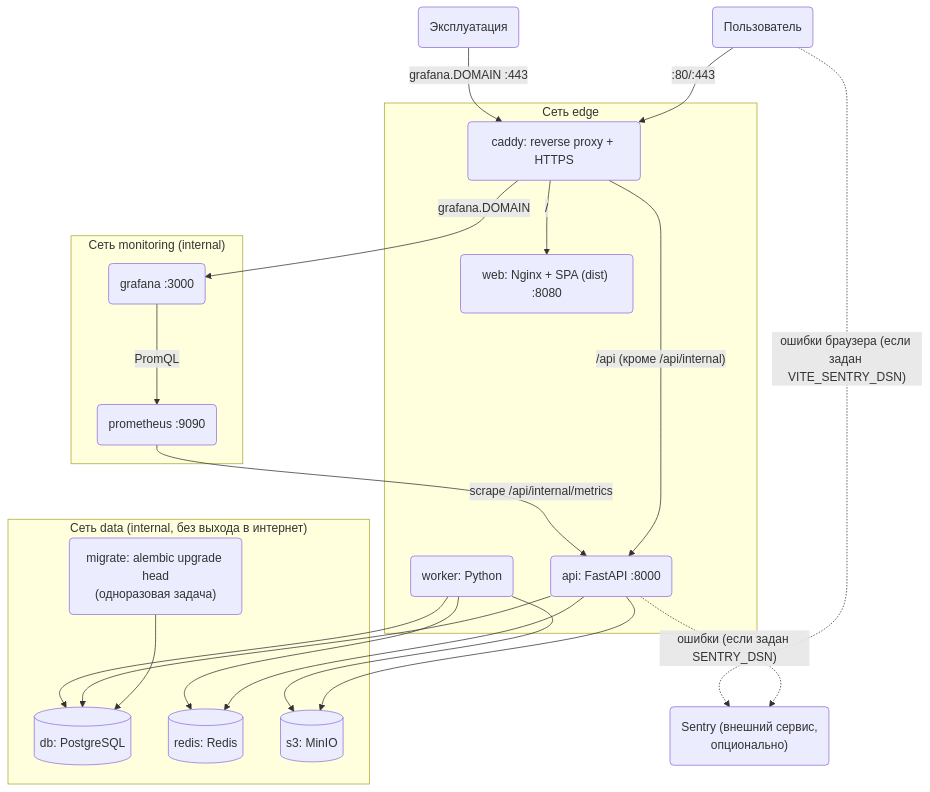
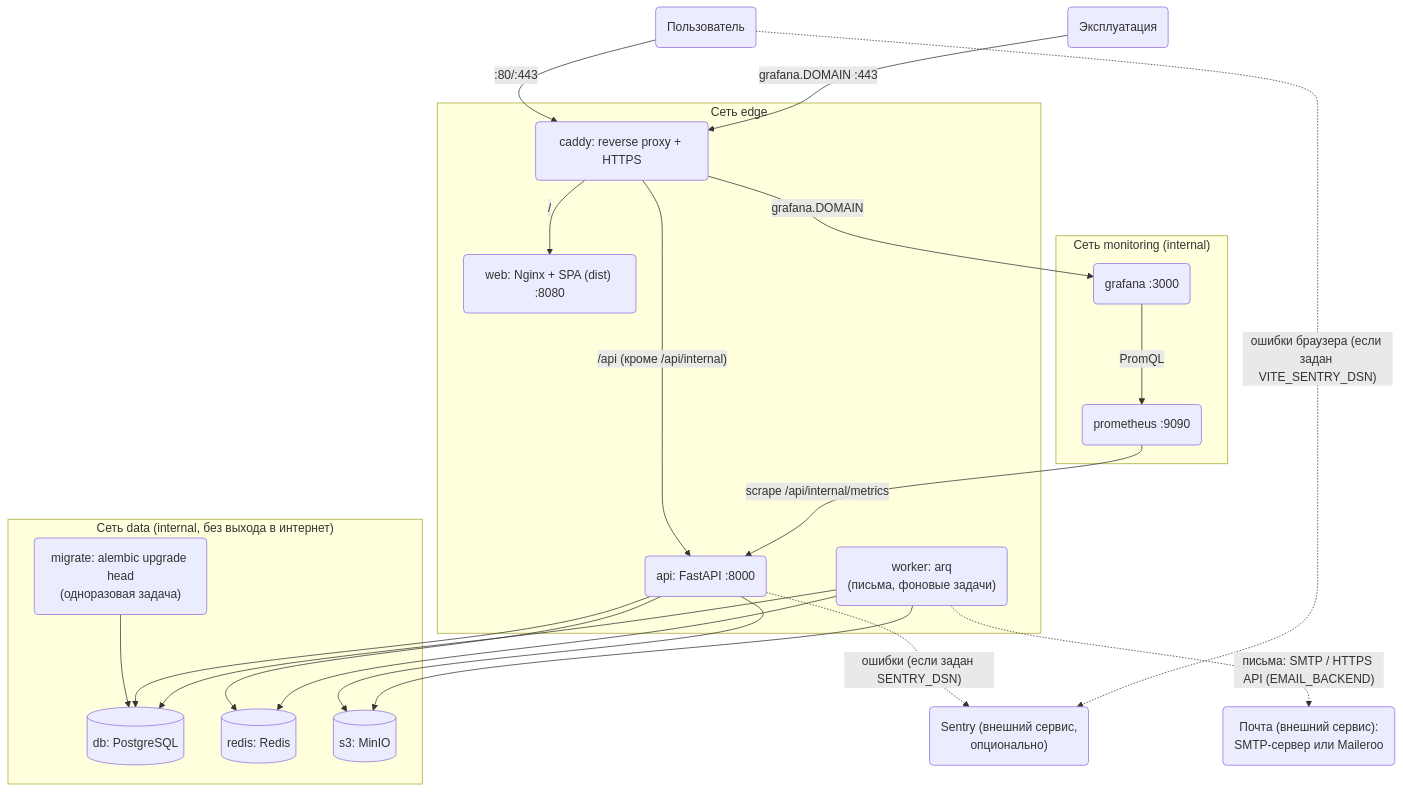
One commit to Daniil-Solo/Saas-Template changed the second of 2 diagrams in docs/deployment.md. Above: the diagram before and after it, drawn with Mermaid. The commit also changed other lines of this file and 88 other files, not shown here.

Commit message:
Add email notifications: queue, sender, templater, tasks, API and docs

````diff
--- a/docs/deployment.md
+++ b/docs/deployment.md
@@ -65,42 +71,44 @@
 ```mermaid
 flowchart TD
     user("Пользователь") -->|":80/:443"| caddy("caddy: reverse proxy + HTTPS")
     ops("Эксплуатация") -->|"grafana.DOMAIN :443"| caddy
     sentry("Sentry (внешний сервис,<br>опционально)")
+    mailext("Почта (внешний сервис):<br>SMTP-сервер или Maileroo")
 
     subgraph edge["Сеть edge"]
         caddy
         web("web: Nginx + SPA (dist) :8080")
         api("api: FastAPI :8000")
-        worker("worker: Python")
+        worker("worker: arq<br>(письма, фоновые задачи)")
     end
 
     subgraph monitoring["Сеть monitoring (internal)"]
         prometheus("prometheus :9090")
         grafana("grafana :3000")
     end
 
     subgraph data["Сеть data (internal, без выхода в интернет)"]
         migrate("migrate: alembic upgrade head<br>(одноразовая задача)")
         db[("db: PostgreSQL")]
         redis[("redis: Redis")]
         s3[("s3: MinIO")]
     end
 
     caddy -->|"/"| web
     caddy -->|"/api (кроме /api/internal)"| api
     caddy -->|"grafana.DOMAIN"| grafana
 
     prometheus -->|"scrape /api/internal/metrics"| api
     grafana -->|"PromQL"| prometheus
+    worker -.->|"письма: SMTP / HTTPS API (EMAIL_BACKEND)"| mailext
     api -.->|"ошибки (если задан SENTRY_DSN)"| sentry
     user -.->|"ошибки браузера (если задан VITE_SENTRY_DSN)"| sentry
 
     migrate --> db
     api --> db
     api --> redis
     api --> s3
     worker --> db
     worker --> redis
     worker --> s3
 ```
````
